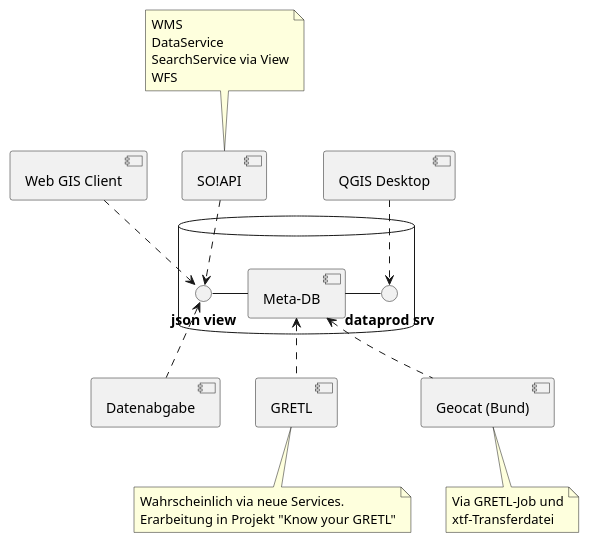
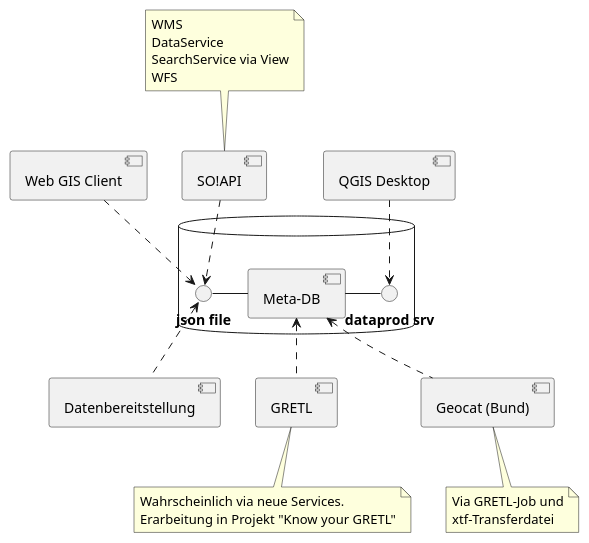
One commit to simi-so/mm changed the diagram in puml/src/metainfo_verwendungen.puml. Above: the diagram before and after it, drawn with PlantUML. The commit also changed 2 other files, not shown here.

```diff
--- a/puml/src/metainfo_verwendungen.puml
+++ b/puml/src/metainfo_verwendungen.puml
@@ -1,44 +1,44 @@
 @startuml
 database " " {
 	component "Meta-DB" as mdb
-    () "**json view**" as fi
+    () "**json file**" as fi
     () "**dataprod srv**" as ri
     fi - mdb
     mdb - ri
 }
 
 component "Web GIS Client" as wgc
 wgc ..> fi
 
 component "SO!API" as api
 api ..> fi
 
 note top of api
 WMS
 DataService
 SearchService via View
 WFS
 end note
 
 component "QGIS Desktop" as qgis
 qgis ..> ri
 
-component "Datenabgabe" as out
+component "Datenbereitstellung" as out
 out .up.> fi
 
 component "GRETL" as dag
 dag .up.> mdb
 
 note bottom of dag
 Wahrscheinlich via neue Services.
 Erarbeitung in Projekt "Know your GRETL"
 end note
 
 component "Geocat (Bund)" as cat
 cat .up.> mdb
 
 note bottom of cat
 Via GRETL-Job und
 xtf-Transferdatei
 end note
 @enduml
```
